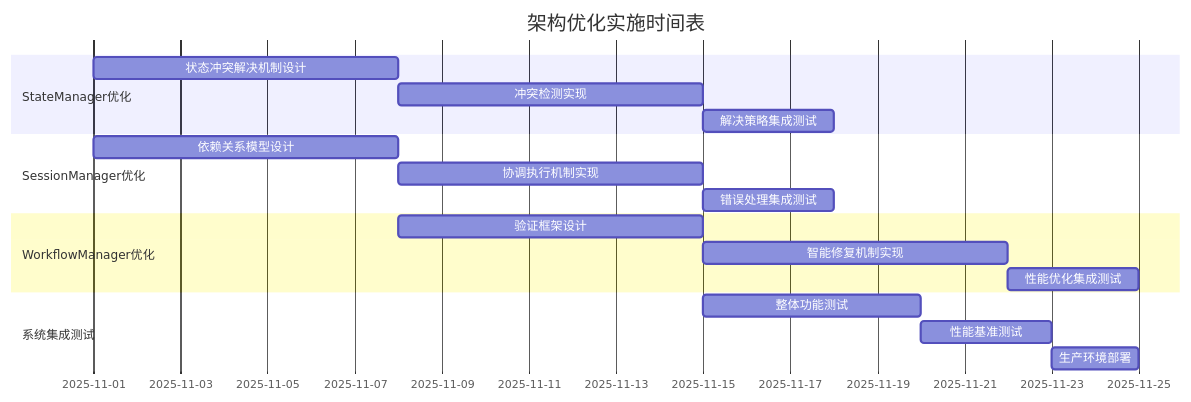
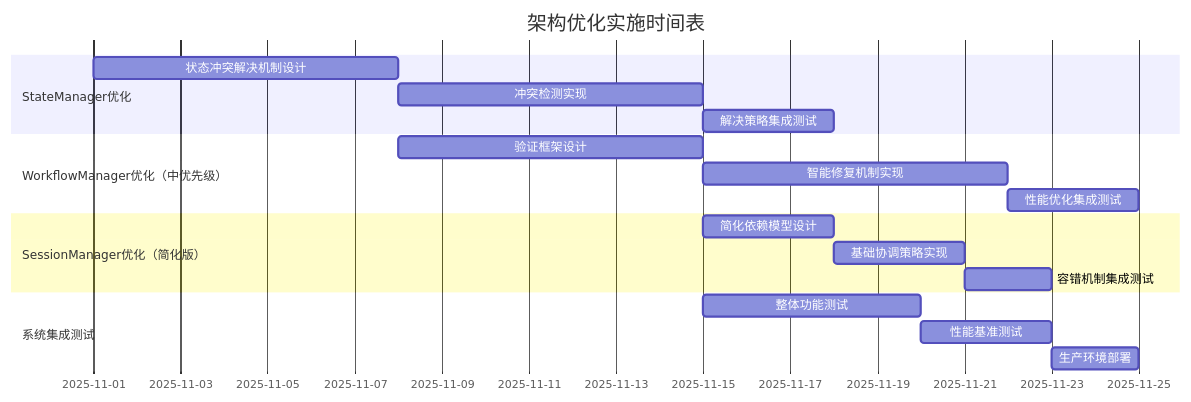
Before and after one commit to kkkqkx123/open-agent: the diagram in docs/architecture/optimization/optimization-implementation-plan.md, drawn with Mermaid. The commit also changed other lines of this file and 6 other files, not shown here.

````diff
--- a/docs/architecture/optimization/optimization-implementation-plan.md
+++ b/docs/architecture/optimization/optimization-implementation-plan.md
@@ -26,24 +26,24 @@
 ```mermaid
 gantt
     title 架构优化实施时间表
     dateFormat  YYYY-MM-DD
     section StateManager优化
     状态冲突解决机制设计     :a1, 2025-11-01, 7d
     冲突检测实现            :a2, after a1, 7d
     解决策略集成测试        :a3, after a2, 3d
     
-    section SessionManager优化
-    依赖关系模型设计        :b1, 2025-11-01, 7d
-    协调执行机制实现        :b2, after b1, 7d
-    错误处理集成测试        :b3, after b2, 3d
+    section WorkflowManager优化（中优先级）
+    验证框架设计           :b1, 2025-11-08, 7d
+    智能修复机制实现       :b2, after b1, 7d
+    性能优化集成测试       :b3, after b2, 3d
     
-    section WorkflowManager优化
-    验证框架设计           :c1, 2025-11-08, 7d
-    智能修复机制实现       :c2, after c1, 7d
-    性能优化集成测试       :c3, after c2, 3d
+    section SessionManager优化（简化版）
+    简化依赖模型设计       :c1, 2025-11-15, 3d
+    基础协调策略实现       :c2, after c1, 3d
+    容错机制集成测试       :c3, after c2, 2d
     
     section 系统集成测试
     整体功能测试          :d1, 2025-11-15, 5d
     性能基准测试          :d2, after d1, 3d
     生产环境部署          :d3, after d2, 2d
 ```
````
